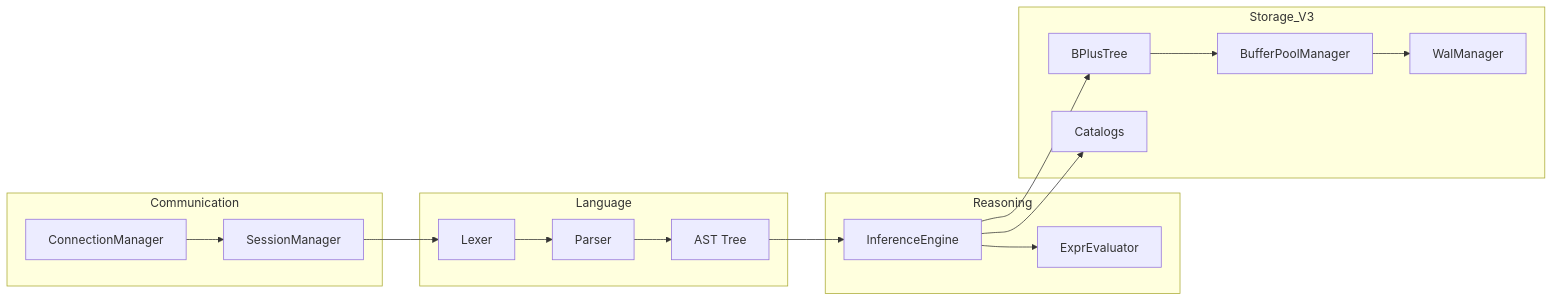
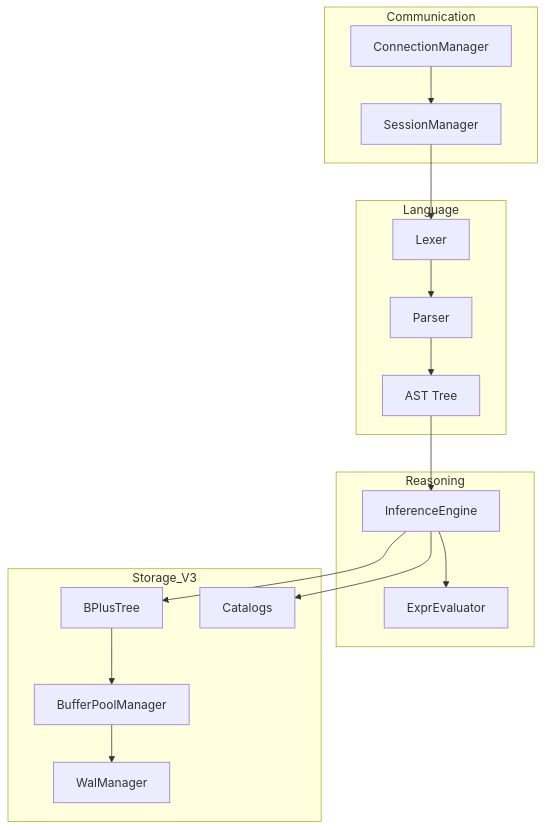
Before and after one commit to tranphat1506/KBMS: the diagram in docs/assets/diagrams/detailed_components.mmd, drawn with Mermaid. The commit also changed 107 other files, not shown here.

Commit message:
docs: expand architecture documentation with new modules, diagrams, and updated LaTeX report structure

```diff
--- a/docs/assets/diagrams/detailed_components.mmd
+++ b/docs/assets/diagrams/detailed_components.mmd
@@ -1,31 +1,31 @@
-graph LR
+graph TD
     subgraph Communication
         CM[ConnectionManager]
         SM[SessionManager]
     end
 
     subgraph Language
         LX[Lexer] --> PS[Parser]
         PS --> AST[AST Tree]
     end
 
     subgraph Reasoning
         IE[InferenceEngine]
         EE[ExprEvaluator]
     end
 
     subgraph Storage_V3
         BPM[BufferPoolManager]
         BPT[BPlusTree]
         WAL[WalManager]
         CT[Catalogs]
     end
 
     CM --> SM
     SM --> LX
     AST --> IE
     IE --> EE
     IE --> CT
     IE --> BPT
     BPT --> BPM
     BPM --> WAL
```
